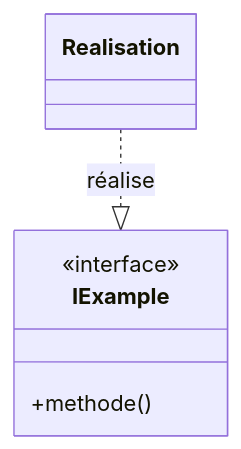
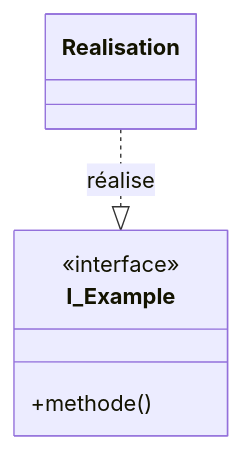
Before and after one commit to hei-synd-aaut/aaut-docs: the seventh of 10 diagrams in AAut_Annex_01_System_Engineering/README.md, drawn with Mermaid. The commit also changed other lines of this file and 12 other files, not shown here.

````diff
--- a/AAut_Annex_01_System_Engineering/README.md
+++ b/AAut_Annex_01_System_Engineering/README.md
@@ -274,9 +274,9 @@
 ```mermaid
 classDiagram
-    class IExample {
+    class I_Example {
         <<interface>>
         +methode()
     }
     class Realisation
-    Realisation ..|> IExample : réalise
+    Realisation ..|> I_Example : réalise
 ```
````
